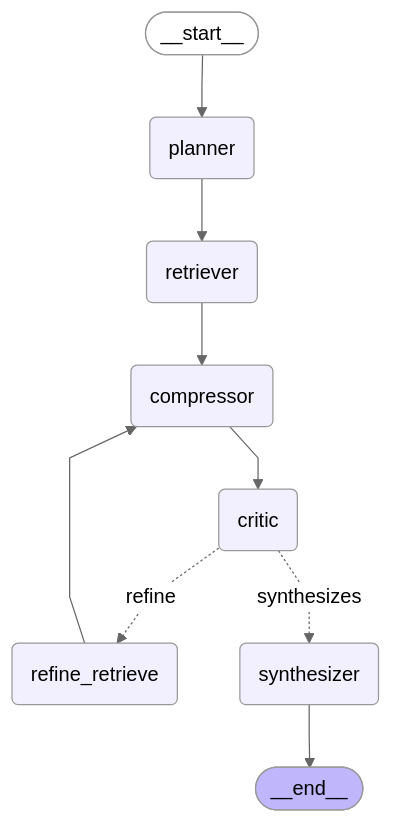
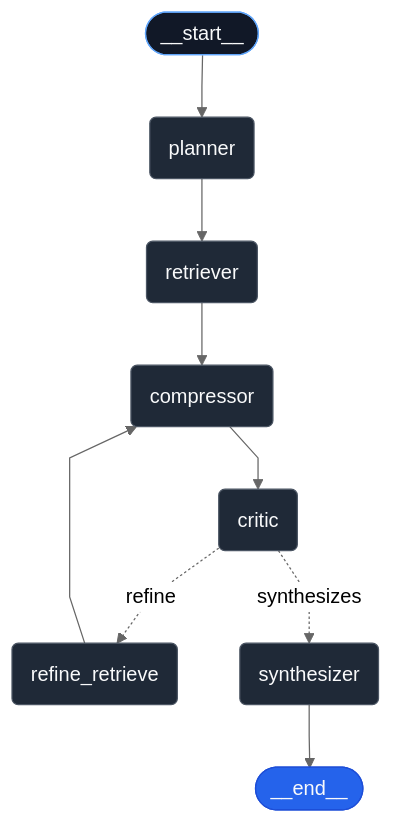
One commit to scmclimited/deep_rag changed the diagram in README.md. Above: the diagram before and after it, drawn with Mermaid (neutral theme).

Commit message:
add contrast to diagram

````diff
--- a/README.md
+++ b/README.md
@@ -5,23 +5,23 @@
 ```mermaid
 %%{init: {'flowchart': {'curve': 'linear'}}}%%
 graph TD;
 	__start__([__start__]):::first
 	planner(planner)
 	retriever(retriever)
 	compressor(compressor)
 	critic(critic)
 	refine_retrieve(refine_retrieve)
 	synthesizer(synthesizer)
 	__end__([__end__]):::last
 	__start__ --> planner;
 	compressor --> critic;
 	planner --> retriever;
 	refine_retrieve --> compressor;
 	retriever --> compressor;
 	synthesizer --> __end__;
 	critic -. refine .-> refine_retrieve;
 	critic -. synthesizes .-> synthesizer;
-	classDef default fill:#f2f0ff,line-height:1.2;
-	classDef first fill-opacity:0;
-	classDef last fill:#bfb6fc;
+	classDef default fill:#1f2937,color:#f9fafb,stroke:#4b5563,line-height:1.2;
+	classDef first fill:#111827,color:#f9fafb,stroke:#60a5fa;
+	classDef last fill:#2563eb,color:#f9fafb,stroke:#1d4ed8;
 ```
````
